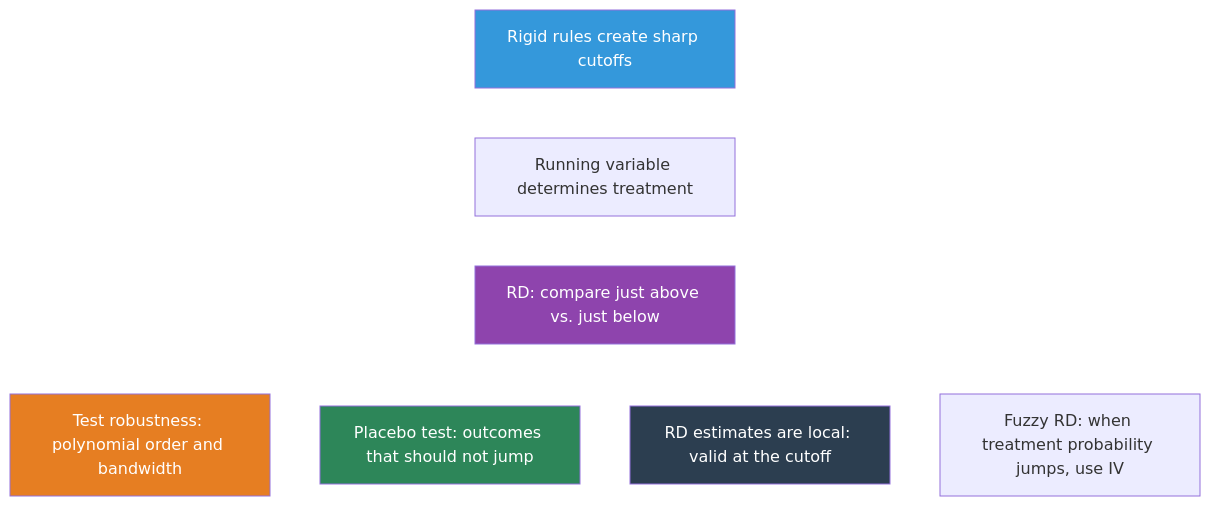
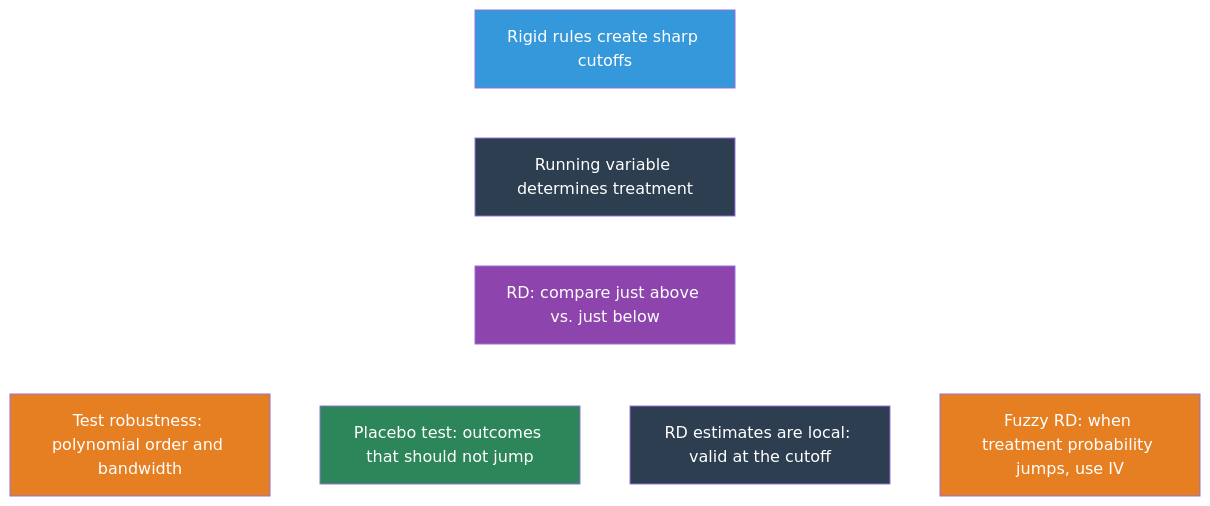
The second of 2 diagrams in book/notebooks_quarto/04-regression-discontinuity.qmd (cmg777/intro2causal), drawn with Mermaid before and after one commit. The commit also changed other lines of this file and 5 other files, not shown here.

Commit message:
Add missing node styles and explanatory paragraphs to all mermaid diagrams

````diff
--- a/book/notebooks_quarto/04-regression-discontinuity.qmd
+++ b/book/notebooks_quarto/04-regression-discontinuity.qmd
@@ -341,26 +343,28 @@
 ```{mermaid}
 %%| label: fig-concept-map
 %%| fig-cap: "How the key concepts of Chapter 4 connect"
 
 graph TD
     Q["Rigid rules create sharp cutoffs"]
     RV["Running variable determines treatment"]
     RD["RD: compare just above vs. just below"]
     SPEC["Test robustness: polynomial order and bandwidth"]
     PLAC["Placebo test: outcomes that should not jump"]
     LOCAL["RD estimates are local: valid at the cutoff"]
     FUZZY["Fuzzy RD: when treatment probability jumps, use IV"]
 
     Q --> RV --> RD
     RD --> SPEC
     RD --> PLAC
     RD --> LOCAL
     RD --> FUZZY
 
     style Q fill:#3498db,color:#fff
+    style RV fill:#2c3e50,color:#fff
     style RD fill:#8e44ad,color:#fff
     style SPEC fill:#e67e22,color:#fff
     style PLAC fill:#2d8659,color:#fff
     style LOCAL fill:#2c3e50,color:#fff
+    style FUZZY fill:#e67e22,color:#fff
     linkStyle default stroke:#fff,stroke-width:2px
 ```
````
